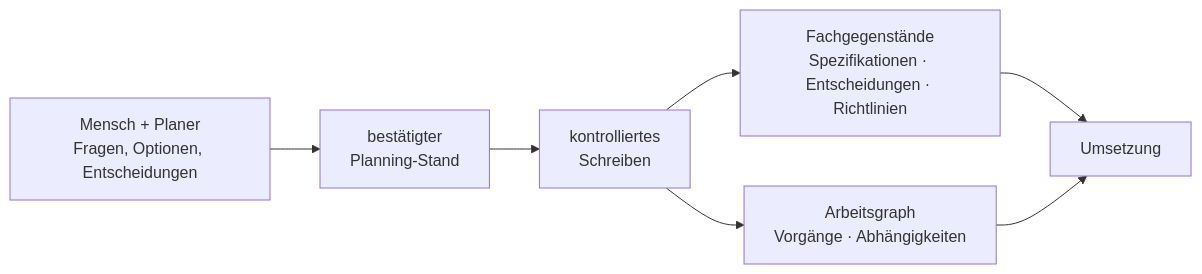
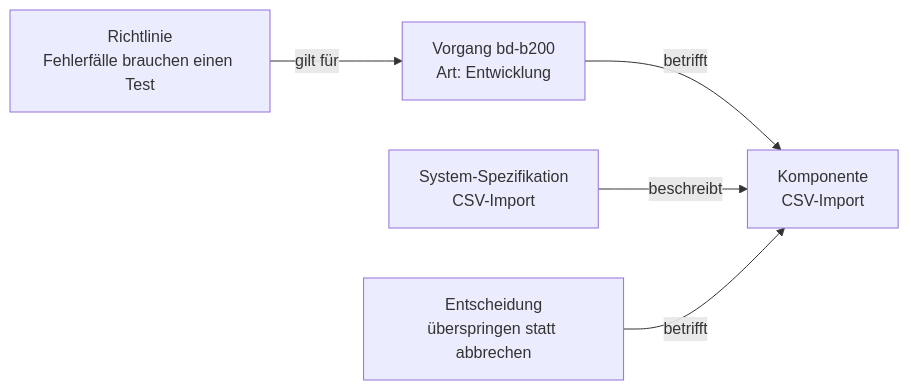
The fourth of 5 diagrams in README.md (blaumohn/ki-dev), drawn with Mermaid before and after one commit. The commit also changed other lines of this file, not shown here.

````diff
--- a/README.md
+++ b/README.md
@@ -469,15 +577,13 @@
 ```mermaid
-flowchart LR
-    H["Mensch + Planer<br/>Fragen, Optionen, Entscheidungen"]
-    S["bestätigter<br/>Planning-Stand"]
-    C["kontrolliertes<br/>Schreiben"]
-    F["Fachgegenstände<br/>Spezifikationen · Entscheidungen · Richtlinien"]
-    G["Arbeitsgraph<br/>Vorgänge · Abhängigkeiten"]
-    I["Umsetzung"]
+graph LR
+    V["Vorgang bd-b200<br/>Art: Entwicklung"]
+    E["Komponente<br/>CSV-Import"]
+    G["Richtlinie<br/>Fehlerfälle brauchen einen Test"]
+    S["System-Spezifikation<br/>CSV-Import"]
+    D["Entscheidung<br/>überspringen statt abbrechen"]
 
-    H --> S --> C
-    C --> F
-    C --> G
-    F --> I
-    G --> I
+    V -->|"betrifft"| E
+    S -->|"beschreibt"| E
+    D -->|"betrifft"| E
+    G -->|"gilt für"| V
 ```
````
